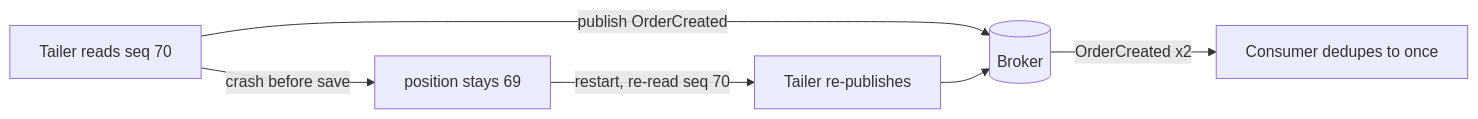
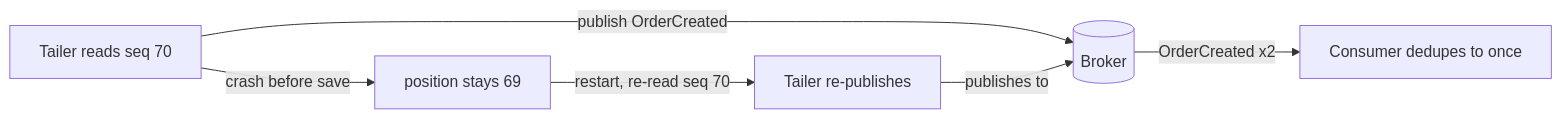
Before and after one commit to vinayakuber/microservices-io-study-guide: diagram 11 of 13 in docs/ch13-transaction-log-tailing.md, drawn with Mermaid. The commit also changed other lines of this file and 71 other files, not shown here.

First line of the commit message:
R18: label every diagram arrow with its meaning

````diff
--- a/docs/ch13-transaction-log-tailing.md
+++ b/docs/ch13-transaction-log-tailing.md
@@ -367,8 +367,8 @@
 ```mermaid
 flowchart LR
   TLR["Tailer reads seq 70"] -->|publish OrderCreated| BRK[("Broker")]
   TLR -->|crash before save| P["position stays 69"]
   P -->|restart, re-read seq 70| TLR2["Tailer re-publishes"]
-  TLR2 --> BRK
+  TLR2 -->|"publishes to"| BRK
   BRK -->|OrderCreated x2| CNS["Consumer dedupes to once"]
 ```
````
